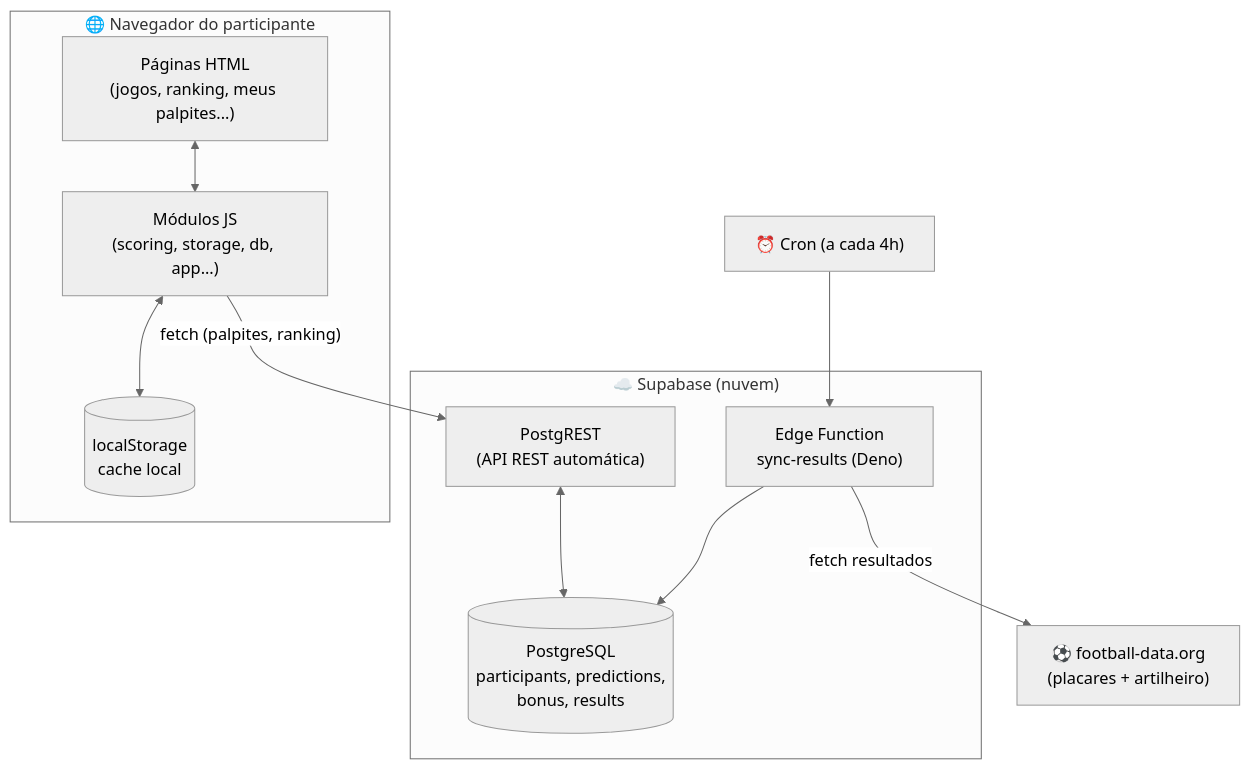
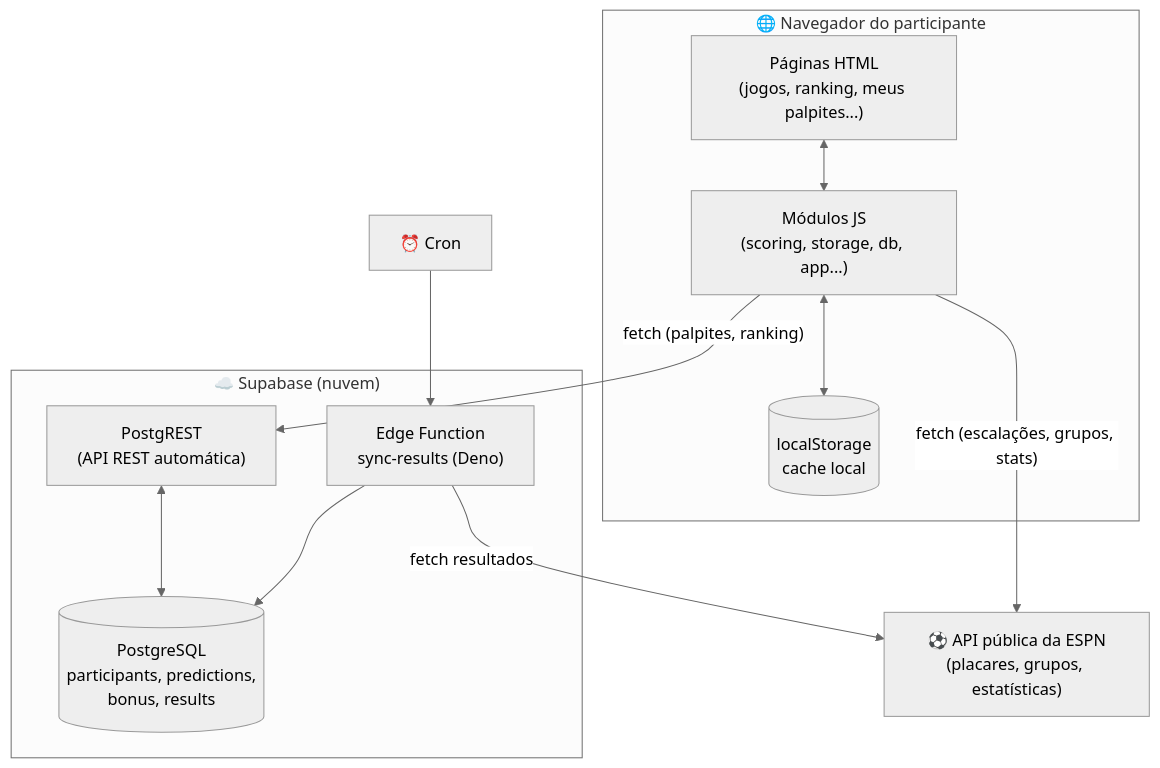
Before and after one commit to BsKrieger/bolao-cdm: the first of 8 diagrams in DOCUMENTACAO.md, drawn with Mermaid (neutral theme). The commit also changed other lines of this file and 7 other files, not shown here.

````diff
--- a/DOCUMENTACAO.md
+++ b/DOCUMENTACAO.md
@@ -62,24 +62,25 @@
 ```mermaid
 graph TD
     subgraph Navegador["🌐 Navegador do participante"]
         UI["Páginas HTML<br/>(jogos, ranking, meus palpites...)"]
         JS["Módulos JS<br/>(scoring, storage, db, app...)"]
         LS[("localStorage<br/>cache local")]
         UI <--> JS
         JS <--> LS
     end
 
     subgraph Supabase["☁️ Supabase (nuvem)"]
         DB[("PostgreSQL<br/>participants, predictions,<br/>bonus, results")]
         API["PostgREST<br/>(API REST automática)"]
         EF["Edge Function<br/>sync-results (Deno)"]
         API <--> DB
         EF --> DB
     end
 
-    FD["⚽ football-data.org<br/>(placares + artilheiro)"]
+    ESPN["⚽ API pública da ESPN<br/>(placares, grupos, estatísticas)"]
 
     JS -- "fetch (palpites, ranking)" --> API
-    CRON["⏰ Cron (a cada 4h)"] --> EF
-    EF -- "fetch resultados" --> FD
+    JS -- "fetch (escalações, grupos, stats)" --> ESPN
+    CRON["⏰ Cron"] --> EF
+    EF -- "fetch resultados" --> ESPN
 ```
````
